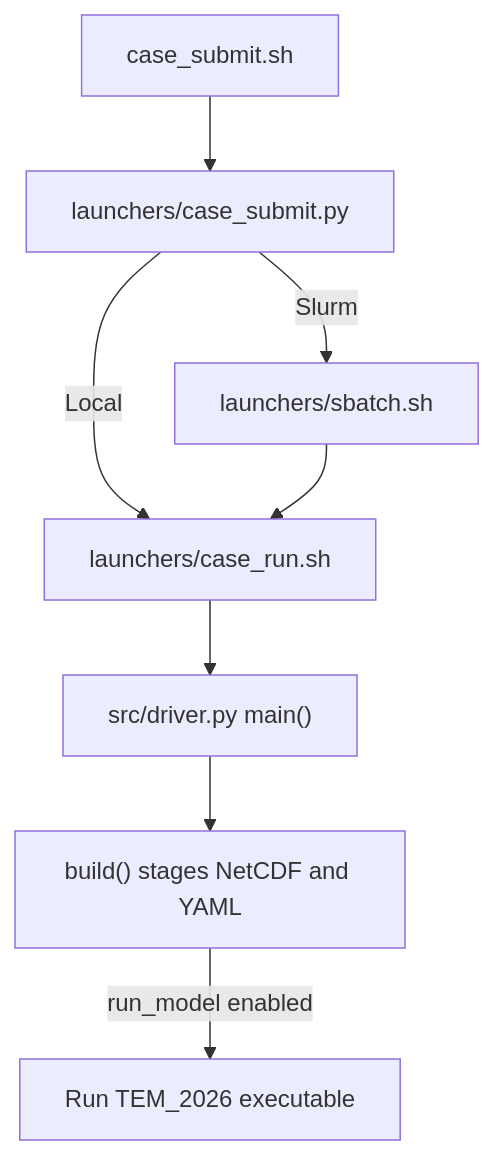
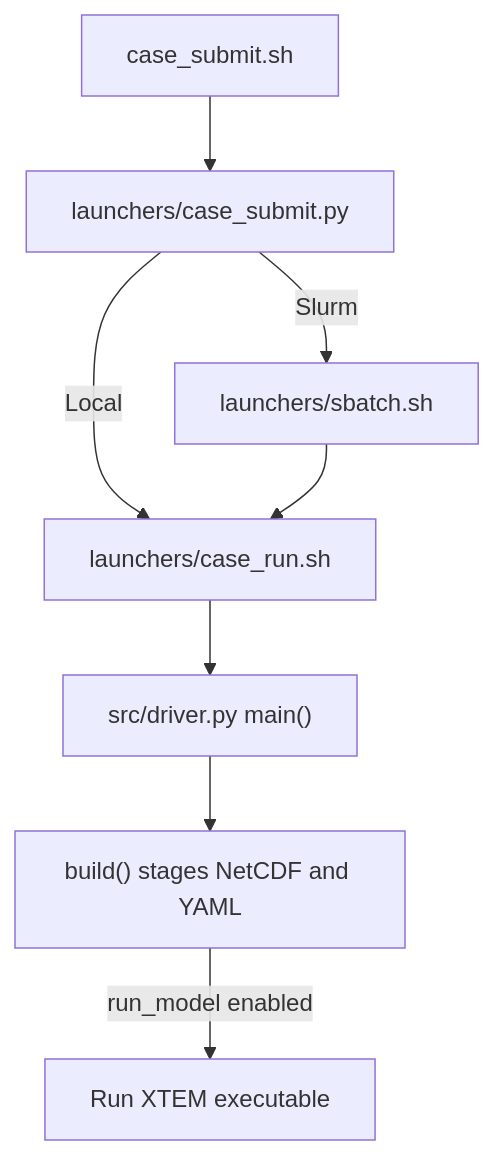
The diagram in flowchart.md (Lehigh-TEM-Felzer-Lab/TEM_UW_APP), drawn with Mermaid before and after one commit. The commit also changed other lines of this file and 10 other files, not shown here.

````diff
--- a/flowchart.md
+++ b/flowchart.md
@@ -3,10 +3,10 @@
 ```mermaid
 flowchart TD
     Submit["case_submit.sh"] --> Launcher["launchers/case_submit.py"]
     Launcher -->|Local| Run["launchers/case_run.sh"]
     Launcher -->|Slurm| Batch["launchers/sbatch.sh"]
     Batch --> Run
     Run --> Driver["src/driver.py main()"]
     Driver --> Build["build() stages NetCDF and YAML"]
-    Build -->|run_model enabled| Model["Run TEM_2026 executable"]
+    Build -->|run_model enabled| Model["Run XTEM executable"]
 ```
````
